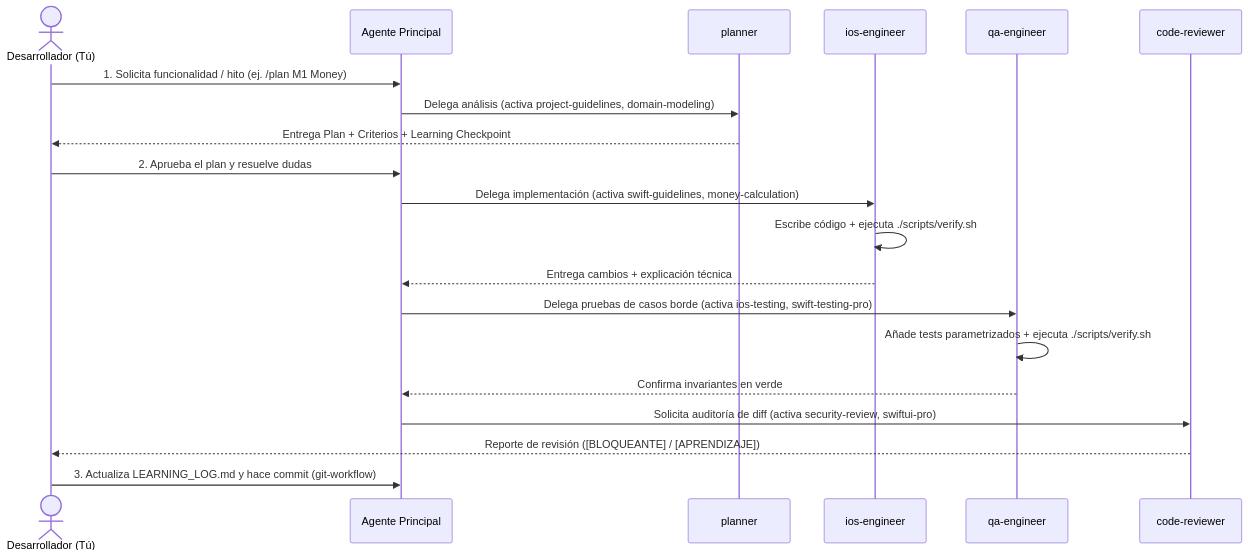
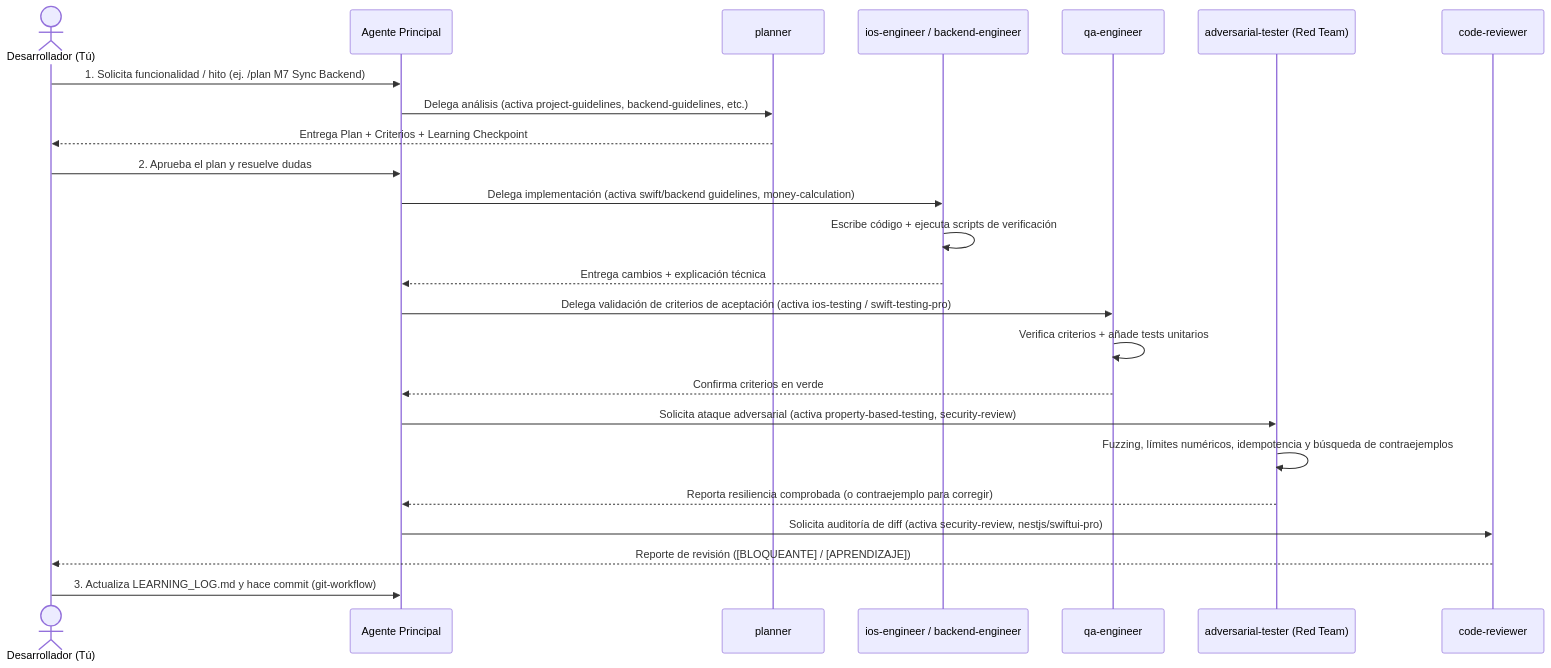
One commit to gerar-18/split-bill changed the diagram in docs/ai/agent-workflow.md. Above: the diagram before and after it, drawn with Mermaid. The commit also changed other lines of this file and 63 other files, not shown here.

Commit message:
feat(agents): add adversarial-tester and backend-engineer with property-based testing and backend skills

````diff
--- a/docs/ai/agent-workflow.md
+++ b/docs/ai/agent-workflow.md
@@ -9,23 +9,27 @@
 ```mermaid
 sequenceDiagram
     actor Dev as Desarrollador (Tú)
     participant Main as Agente Principal
     participant Plan as planner
-    participant Eng as ios-engineer
+    participant Eng as ios-engineer / backend-engineer
     participant QA as qa-engineer
+    participant Adv as adversarial-tester (Red Team)
     participant Rev as code-reviewer
 
-    Dev->>Main: 1. Solicita funcionalidad / hito (ej. /plan M1 Money)
-    Main->>Plan: Delega análisis (activa project-guidelines, domain-modeling)
+    Dev->>Main: 1. Solicita funcionalidad / hito (ej. /plan M7 Sync Backend)
+    Main->>Plan: Delega análisis (activa project-guidelines, backend-guidelines, etc.)
     Plan-->>Dev: Entrega Plan + Criterios + Learning Checkpoint
     Dev->>Main: 2. Aprueba el plan y resuelve dudas
-    Main->>Eng: Delega implementación (activa swift-guidelines, money-calculation)
-    Eng->>Eng: Escribe código + ejecuta ./scripts/verify.sh
+    Main->>Eng: Delega implementación (activa swift/backend guidelines, money-calculation)
+    Eng->>Eng: Escribe código + ejecuta scripts de verificación
     Eng-->>Main: Entrega cambios + explicación técnica
-    Main->>QA: Delega pruebas de casos borde (activa ios-testing, swift-testing-pro)
-    QA->>QA: Añade tests parametrizados + ejecuta ./scripts/verify.sh
-    QA-->>Main: Confirma invariantes en verde
-    Main->>Rev: Solicita auditoría de diff (activa security-review, swiftui-pro)
+    Main->>QA: Delega validación de criterios de aceptación (activa ios-testing / swift-testing-pro)
+    QA->>QA: Verifica criterios + añade tests unitarios
+    QA-->>Main: Confirma criterios en verde
+    Main->>Adv: Solicita ataque adversarial (activa property-based-testing, security-review)
+    Adv->>Adv: Fuzzing, límites numéricos, idempotencia y búsqueda de contraejemplos
+    Adv-->>Main: Reporta resiliencia comprobada (o contraejemplo para corregir)
+    Main->>Rev: Solicita auditoría de diff (activa security-review, nestjs/swiftui-pro)
     Rev-->>Dev: Reporte de revisión ([BLOQUEANTE] / [APRENDIZAJE])
     Dev->>Main: 3. Actualiza LEARNING_LOG.md y hace commit (git-workflow)
 ```
````
